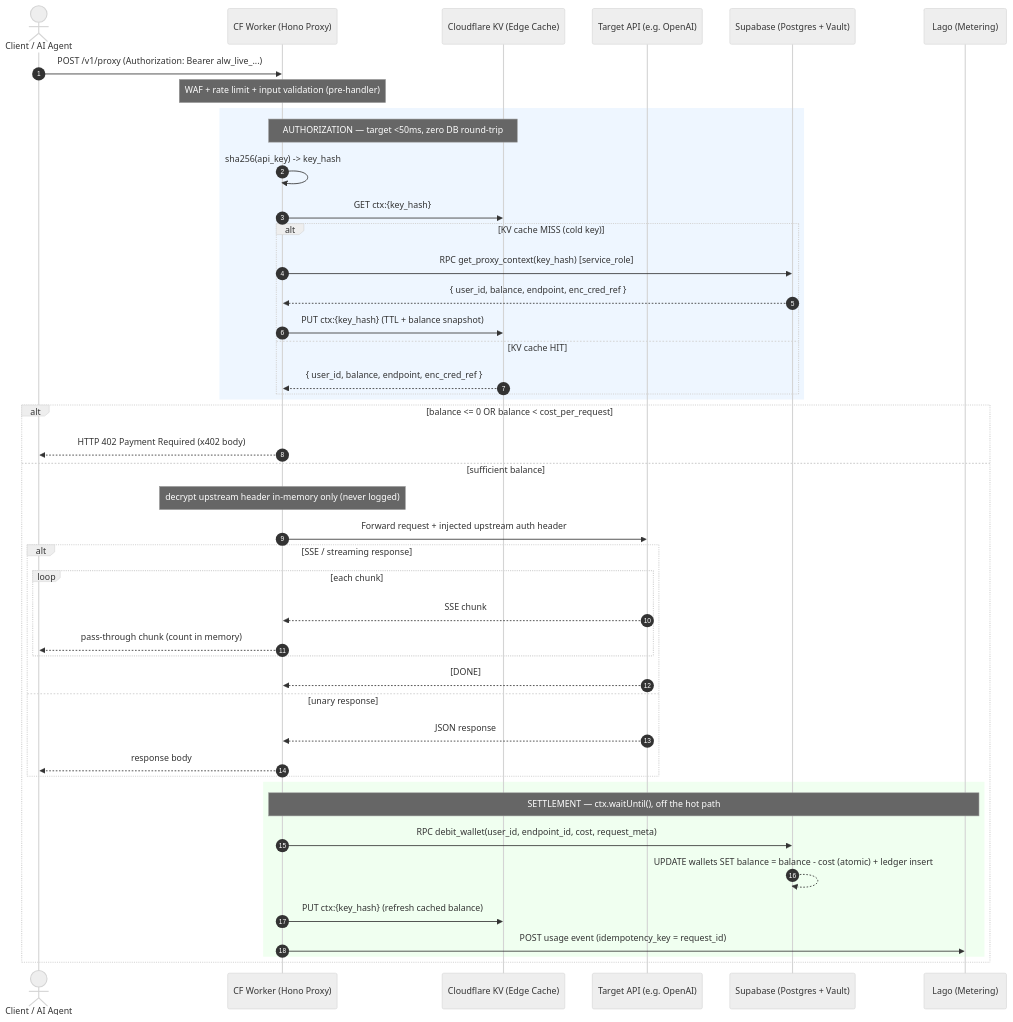
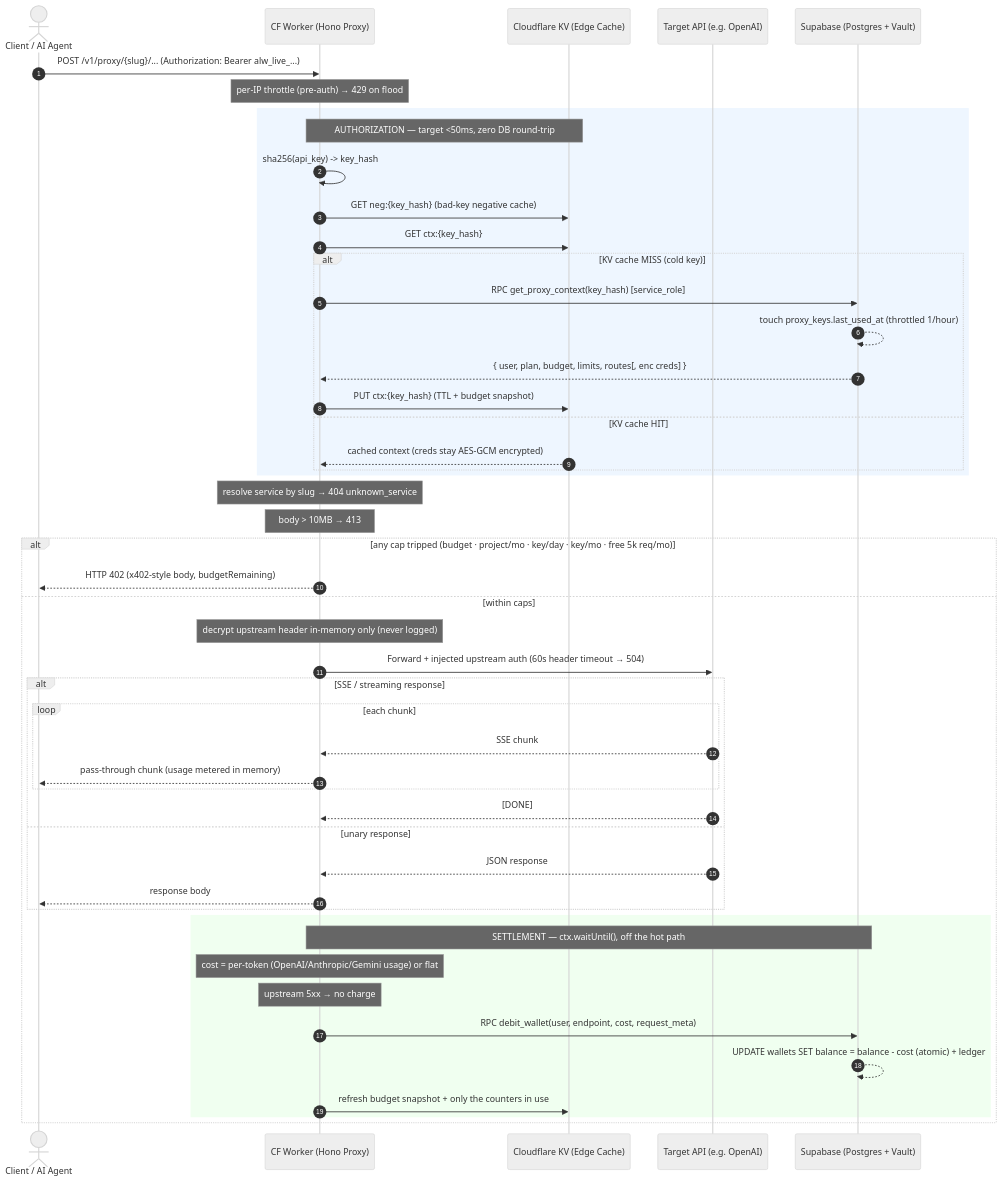
The diagram in docs/architecture/request-lifecycle.md (9atar6/allowance), drawn with Mermaid (neutral theme) before and after one commit. The commit also changed other lines of this file and 12 other files, not shown here.

````diff
--- a/docs/architecture/request-lifecycle.md
+++ b/docs/architecture/request-lifecycle.md
@@ -3,52 +3,57 @@
 ```mermaid
 sequenceDiagram
     autonumber
     actor Agent as Client / AI Agent
     participant CF as CF Worker (Hono Proxy)
     participant KV as Cloudflare KV (Edge Cache)
     participant API as Target API (e.g. OpenAI)
     participant SB as Supabase (Postgres + Vault)
-    participant Lago as Lago (Metering)
 
-    Agent->>CF: POST /v1/proxy  (Authorization: Bearer alw_live_...)
-    Note over CF: WAF + rate limit + input validation (pre-handler)
+    Agent->>CF: POST /v1/proxy/{slug}/...  (Authorization: Bearer alw_live_...)
+    Note over CF: per-IP throttle (pre-auth) → 429 on flood
 
     rect rgb(238, 246, 255)
     Note over CF,KV: AUTHORIZATION — target <50ms, zero DB round-trip
     CF->>CF: sha256(api_key) -> key_hash
+    CF->>KV: GET neg:{key_hash} (bad-key negative cache)
     CF->>KV: GET ctx:{key_hash}
     alt KV cache MISS (cold key)
         CF->>SB: RPC get_proxy_context(key_hash)  [service_role]
-        SB-->>CF: { user_id, balance, endpoint, enc_cred_ref }
-        CF->>KV: PUT ctx:{key_hash}  (TTL + balance snapshot)
+        SB-->>SB: touch proxy_keys.last_used_at (throttled 1/hour)
+        SB-->>CF: { user, plan, budget, limits, routes[, enc creds] }
+        CF->>KV: PUT ctx:{key_hash}  (TTL + budget snapshot)
     else KV cache HIT
-        KV-->>CF: { user_id, balance, endpoint, enc_cred_ref }
+        KV-->>CF: cached context (creds stay AES-GCM encrypted)
     end
     end
 
-    alt balance <= 0  OR  balance < cost_per_request
-        CF-->>Agent: HTTP 402 Payment Required (x402 body)
-    else sufficient balance
+    Note over CF: resolve service by slug → 404 unknown_service
+    Note over CF: body > 10MB → 413
+
+    alt any cap tripped (budget · project/mo · key/day · key/mo · free 5k req/mo)
+        CF-->>Agent: HTTP 402 (x402-style body, budgetRemaining)
+    else within caps
         Note over CF: decrypt upstream header in-memory only (never logged)
-        CF->>API: Forward request + injected upstream auth header
+        CF->>API: Forward + injected upstream auth (60s header timeout → 504)
 
         alt SSE / streaming response
             loop each chunk
                 API-->>CF: SSE chunk
-                CF-->>Agent: pass-through chunk (count in memory)
+                CF-->>Agent: pass-through chunk (usage metered in memory)
             end
             API-->>CF: [DONE]
         else unary response
             API-->>CF: JSON response
             CF-->>Agent: response body
         end
 
         rect rgb(240, 255, 240)
-        Note over CF,Lago: SETTLEMENT — ctx.waitUntil(), off the hot path
-        CF->>SB: RPC debit_wallet(user_id, endpoint_id, cost, request_meta)
-        SB-->>SB: UPDATE wallets SET balance = balance - cost (atomic) + ledger insert
-        CF->>KV: PUT ctx:{key_hash}  (refresh cached balance)
-        CF->>Lago: POST usage event (idempotency_key = request_id)
+        Note over CF,SB: SETTLEMENT — ctx.waitUntil(), off the hot path
+        Note over CF: cost = per-token (OpenAI/Anthropic/Gemini usage) or flat
+        Note over CF: upstream 5xx → no charge
+        CF->>SB: RPC debit_wallet(user, endpoint, cost, request_meta)
+        SB-->>SB: UPDATE wallets SET balance = balance - cost (atomic) + ledger
+        CF->>KV: refresh budget snapshot + only the counters in use
         end
     end
 ```
````
